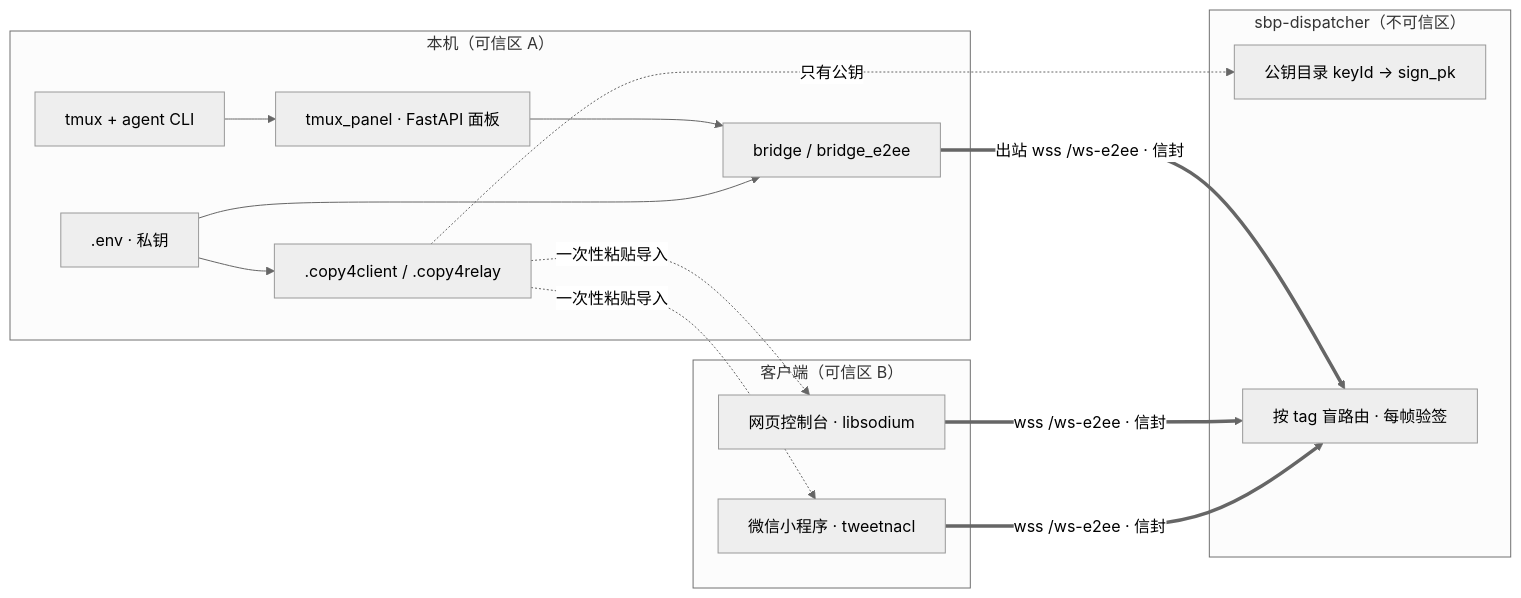
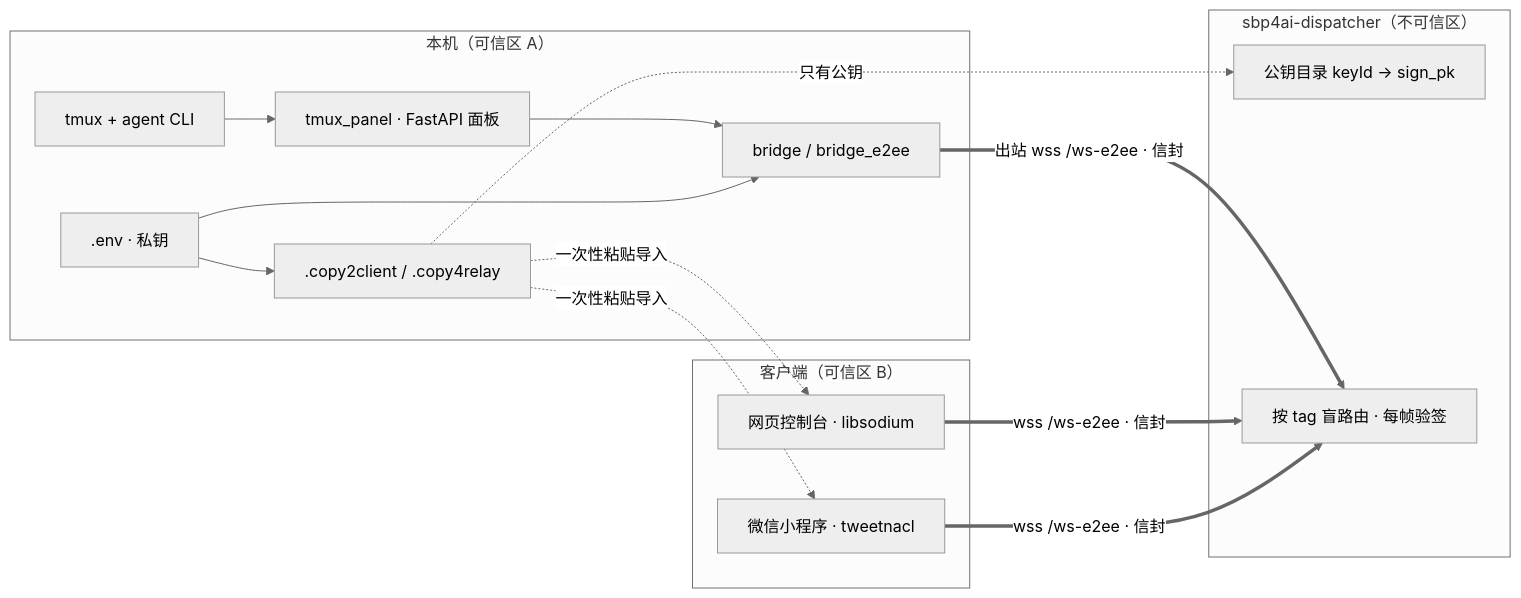
Before and after one commit to sbp4ai/sbp-agents: the diagram in README.md, drawn with Mermaid (neutral theme). The commit also changed other lines of this file and 6 other files, not shown here.

Commit message:
包名改 sbp4ai-agents 0.5.7；连接信息文件改名 .copy2client；启动横幅打印 .env / .copy2client 绝对路径与用法

````diff
--- a/README.md
+++ b/README.md
@@ -63,27 +82,27 @@
 ```mermaid
 flowchart LR
     subgraph T["本机（可信区 A）"]
         TM["tmux + agent CLI"]
         PANEL["tmux_panel · FastAPI 面板"]
         BR["bridge / bridge_e2ee"]
         ENV[".env · 私钥"]
-        COPY[".copy4client / .copy4relay"]
+        COPY[".copy2client / .copy4relay"]
         TM --> PANEL --> BR
         ENV --> BR
         ENV --> COPY
     end
-    subgraph R["sbp-dispatcher（不可信区）"]
+    subgraph R["sbp4ai-dispatcher（不可信区）"]
         PUB["公钥目录 keyId → sign_pk"]
         TAG["按 tag 盲路由 · 每帧验签"]
     end
     subgraph C["客户端（可信区 B）"]
         WEB["网页控制台 · libsodium"]
         MIN["微信小程序 · tweetnacl"]
     end
     BR == "出站 wss /ws-e2ee · 信封" ==> TAG
     WEB == "wss /ws-e2ee · 信封" ==> TAG
     MIN == "wss /ws-e2ee · 信封" ==> TAG
     COPY -. "一次性粘贴导入" .-> WEB
     COPY -. "一次性粘贴导入" .-> MIN
     COPY -. "只有公钥" .-> PUB
 ```
````
